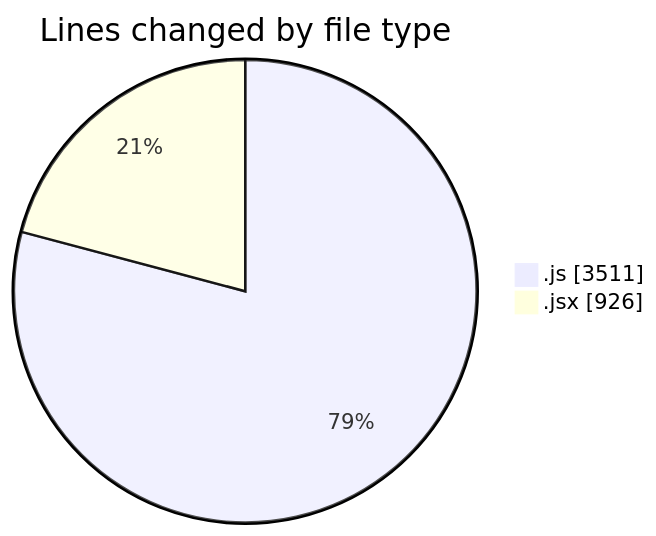
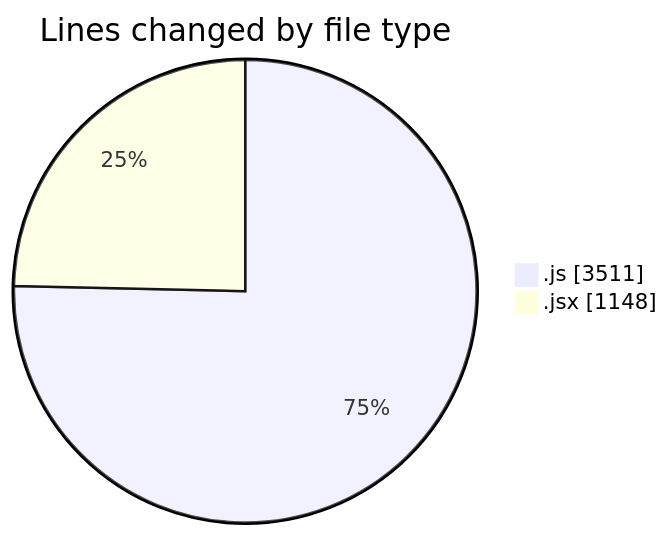
Before and after one commit to nxtqubesakshisongat/code-tracking: the first of 2 diagrams in 2025-09-24/nxtqube_webapp/README.md, drawn with Mermaid. The commit also changed other lines of this file and 1 other file, not shown here.

````diff
--- a/2025-09-24/nxtqube_webapp/README.md
+++ b/2025-09-24/nxtqube_webapp/README.md
@@ -23,6 +23,6 @@
 ```mermaid
 pie showData
 title Lines changed by file type
 ".js" : 3511
-".jsx" : 926
+".jsx" : 1148
 ```
````
